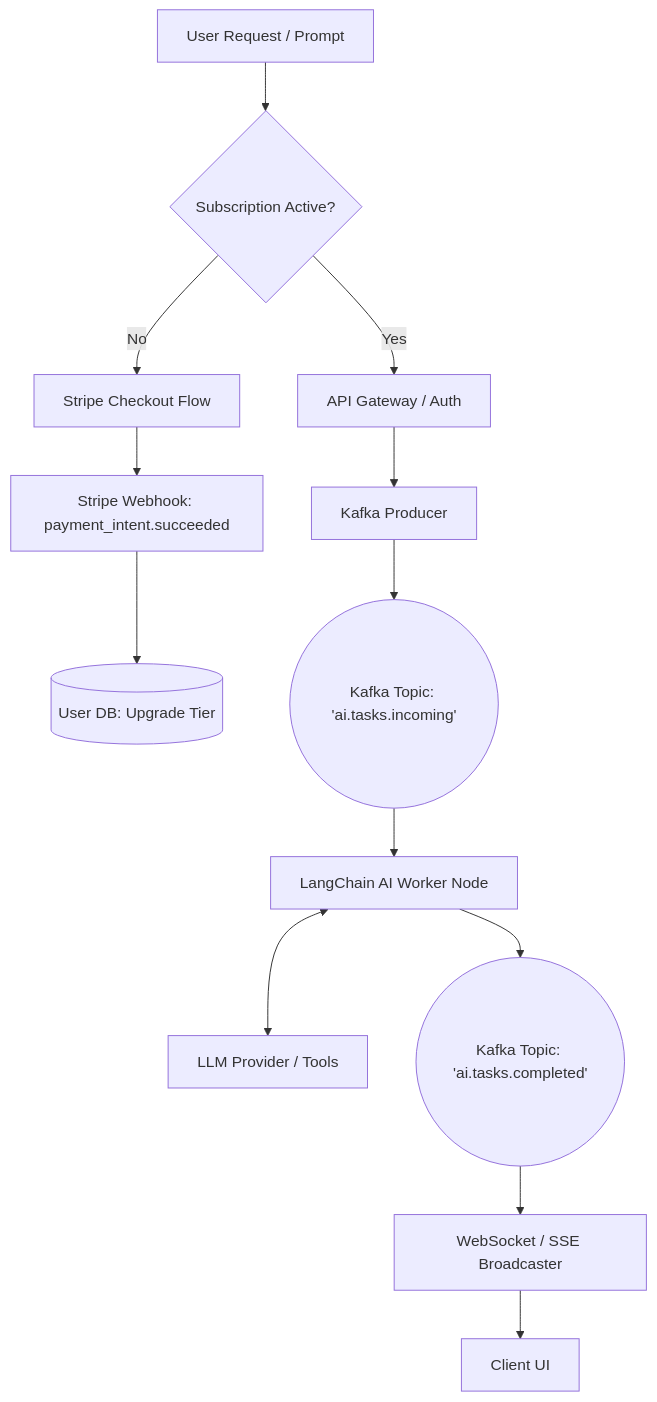
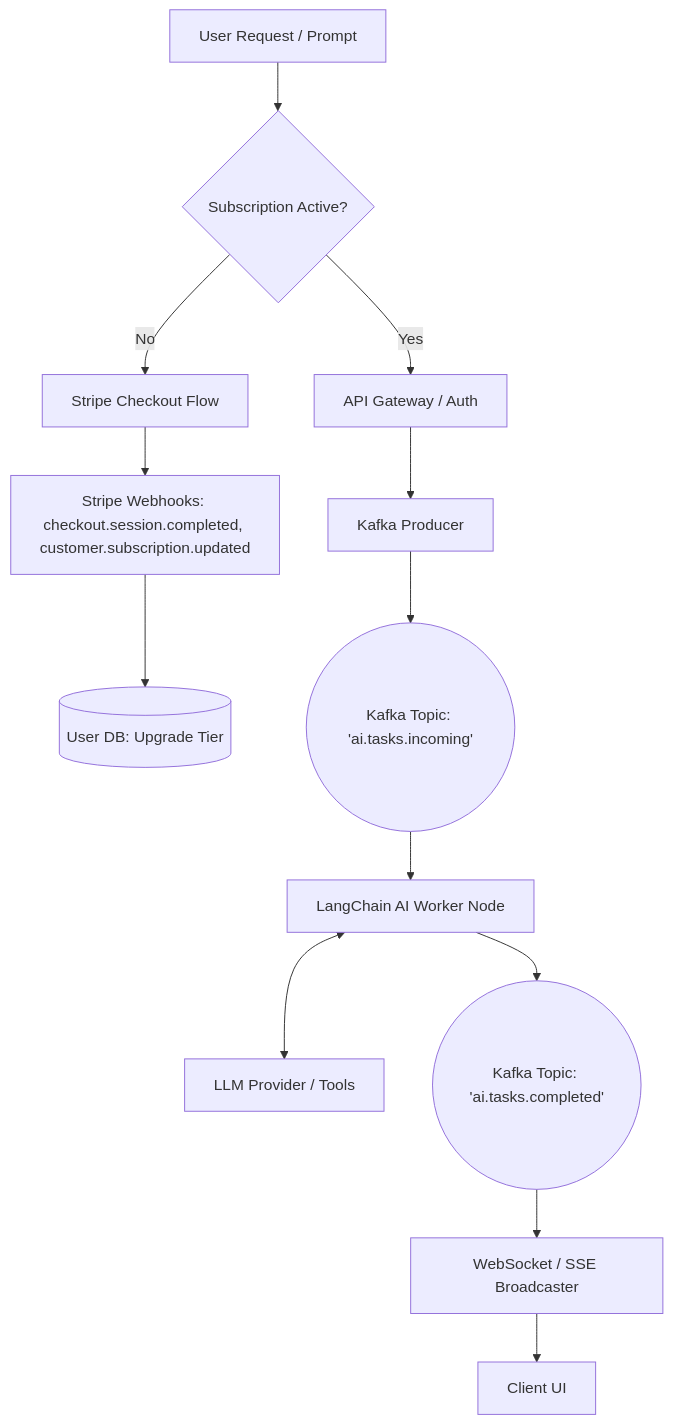
The diagram in skills/playbooks/ai-saas/SKILL.md (j4flmao/agent-skills), drawn with Mermaid before and after one commit. The commit also changed other lines of this file and 644 other files, not shown here.

````diff
--- a/skills/playbooks/ai-saas/SKILL.md
+++ b/skills/playbooks/ai-saas/SKILL.md
@@ -40,16 +43,16 @@
 ```mermaid
 %%{init: {"theme": "default", "flowchart": {"useMaxWidth": true}}}%%
 flowchart TD
     A[User Request / Prompt] --> B{Subscription Active?}
     B -- No --> C[Stripe Checkout Flow]
-    C --> D[Stripe Webhook: payment_intent.succeeded]
+    C --> D[Stripe Webhooks: checkout.session.completed, customer.subscription.updated]
     D --> E[(User DB: Upgrade Tier)]
     B -- Yes --> F[API Gateway / Auth]
     F --> G[Kafka Producer]
     G --> H((Kafka Topic: 'ai.tasks.incoming'))
     H --> I[LangChain AI Worker Node]
     I <--> J[LLM Provider / Tools]
     I --> K((Kafka Topic: 'ai.tasks.completed'))
     K --> L[WebSocket / SSE Broadcaster]
     L --> M[Client UI]
 ```
````
